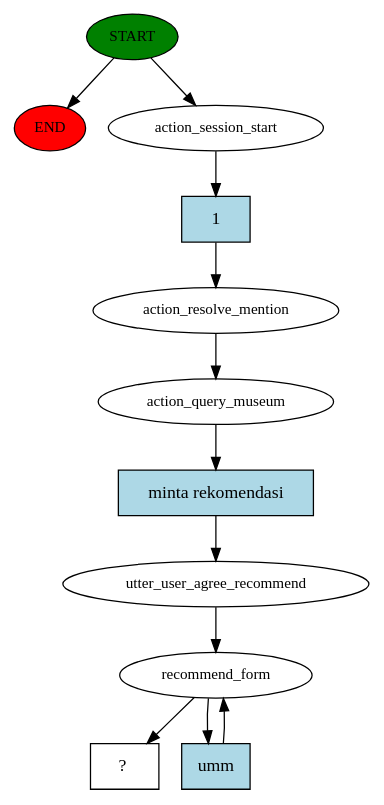
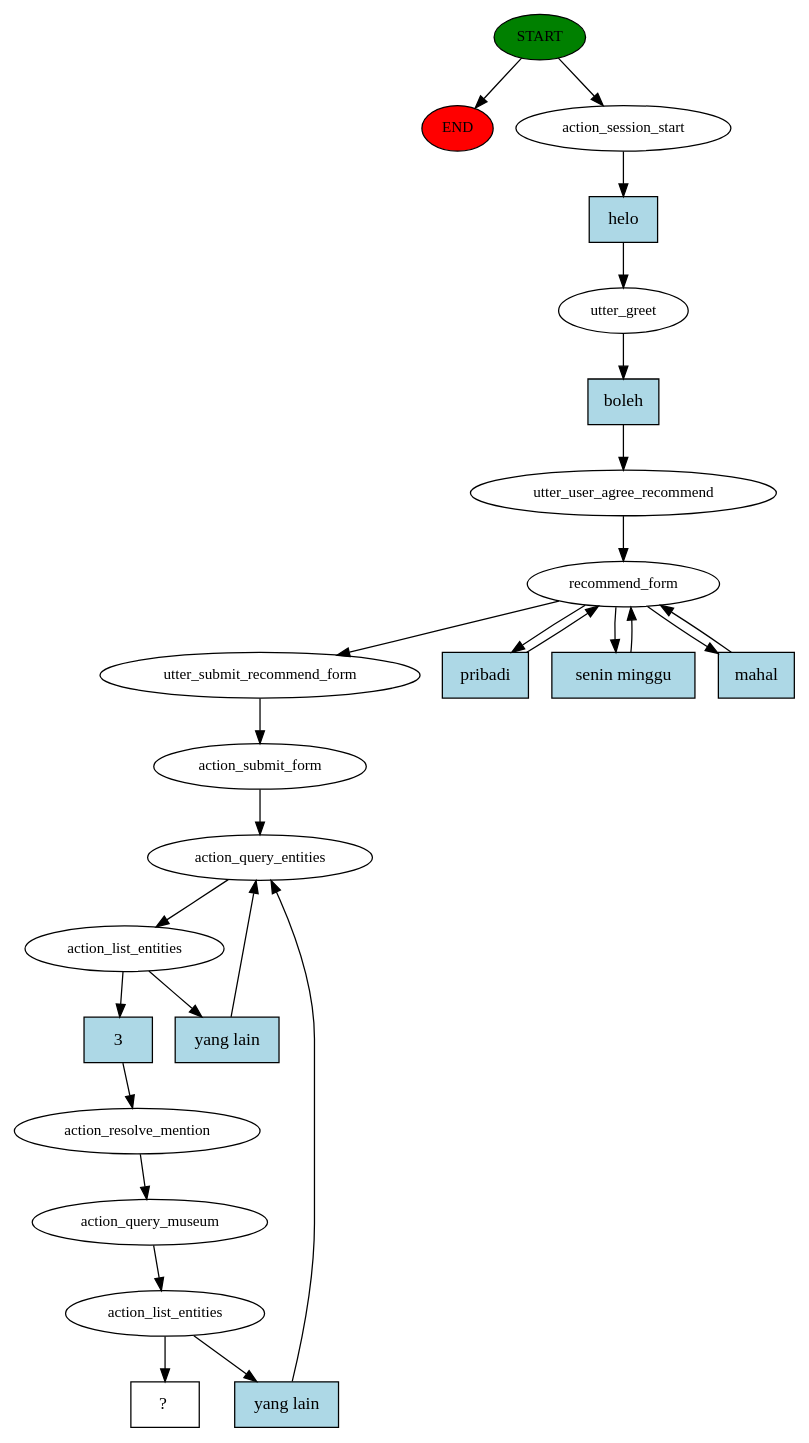
One commit to reykim7124/chatbot_recsys_museum changed the diagram in story_graph.dot. Above: the diagram before and after it, drawn with Graphviz. The commit also changed 4 other files, not shown here.

```diff
--- a/story_graph.dot
+++ b/story_graph.dot
@@ -1,24 +1,50 @@
 digraph  {
 0 [class="start active", fillcolor=green, fontsize=12, label=START, style=filled];
 "-1" [class=end, fillcolor=red, fontsize=12, label=END, style=filled];
 1 [class=active, fontsize=12, label=action_session_start];
-2 [class=active, fontsize=12, label=action_resolve_mention];
-3 [class=active, fontsize=12, label=action_query_museum];
-4 [class=active, fontsize=12, label=utter_user_agree_recommend];
-5 [class=active, fontsize=12, label=recommend_form];
-7 [class="intent dashed active", label="  ?  ", shape=rect];
-8 [class="intent active", fillcolor=lightblue, label=1, shape=rect, style=filled];
-9 [class="intent active", fillcolor=lightblue, label="minta rekomendasi", shape=rect, style=filled];
-10 [class="intent active", fillcolor=lightblue, label=umm, shape=rect, style=filled];
+2 [class=active, fontsize=12, label=utter_greet];
+3 [class=active, fontsize=12, label=utter_user_agree_recommend];
+4 [class=active, fontsize=12, label=recommend_form];
+8 [class=active, fontsize=12, label=utter_submit_recommend_form];
+9 [class=active, fontsize=12, label=action_submit_form];
+10 [class=active, fontsize=12, label=action_query_entities];
+11 [class=active, fontsize=12, label=action_list_entities];
+12 [class=active, fontsize=12, label=action_resolve_mention];
+13 [class=active, fontsize=12, label=action_query_museum];
+14 [class=active, fontsize=12, label=action_list_entities];
+22 [class="intent dashed active", label="  ?  ", shape=rect];
+23 [class="intent active", fillcolor=lightblue, label=helo, shape=rect, style=filled];
+24 [class="intent active", fillcolor=lightblue, label=boleh, shape=rect, style=filled];
+25 [class="intent active", fillcolor=lightblue, label=pribadi, shape=rect, style=filled];
+26 [class="intent active", fillcolor=lightblue, label="senin minggu", shape=rect, style=filled];
+27 [class="intent active", fillcolor=lightblue, label=mahal, shape=rect, style=filled];
+28 [class="intent active", fillcolor=lightblue, label=3, shape=rect, style=filled];
+29 [class="intent active", fillcolor=lightblue, label="yang lain", shape=rect, style=filled];
+30 [class="intent active", fillcolor=lightblue, label="yang lain", shape=rect, style=filled];
 0 -> "-1"  [class="", key=NONE, label=""];
 0 -> 1  [class=active, key=NONE, label=""];
-1 -> 8  [class=active, key=0];
-2 -> 3  [class=active, key=NONE, label=""];
-3 -> 9  [class=active, key=0];
-4 -> 5  [class=active, key=NONE, label=""];
-5 -> 7  [class=active, key=NONE, label=""];
-5 -> 10  [class=active, key=0];
-8 -> 2  [class=active, key=0];
-9 -> 4  [class=active, key=0];
-10 -> 5  [class=active, key=0];
+1 -> 23  [class=active, key=0];
+2 -> 24  [class=active, key=0];
+3 -> 4  [class=active, key=NONE, label=""];
+4 -> 8  [class=active, key=NONE, label=""];
+4 -> 25  [class=active, key=0];
+4 -> 26  [class=active, key=0];
+4 -> 27  [class=active, key=0];
+8 -> 9  [class=active, key=NONE, label=""];
+9 -> 10  [class=active, key=NONE, label=""];
+10 -> 11  [class=active, key=NONE, label=""];
+11 -> 28  [class=active, key=0];
+11 -> 29  [class=active, key=0];
+12 -> 13  [class=active, key=NONE, label=""];
+13 -> 14  [class=active, key=NONE, label=""];
+14 -> 22  [class=active, key=NONE, label=""];
+14 -> 30  [class=active, key=0];
+23 -> 2  [class=active, key=0];
+24 -> 3  [class=active, key=0];
+25 -> 4  [class=active, key=0];
+26 -> 4  [class=active, key=0];
+27 -> 4  [class=active, key=0];
+28 -> 12  [class=active, key=0];
+29 -> 10  [class=active, key=0];
+30 -> 10  [class=active, key=0];
 }
```
